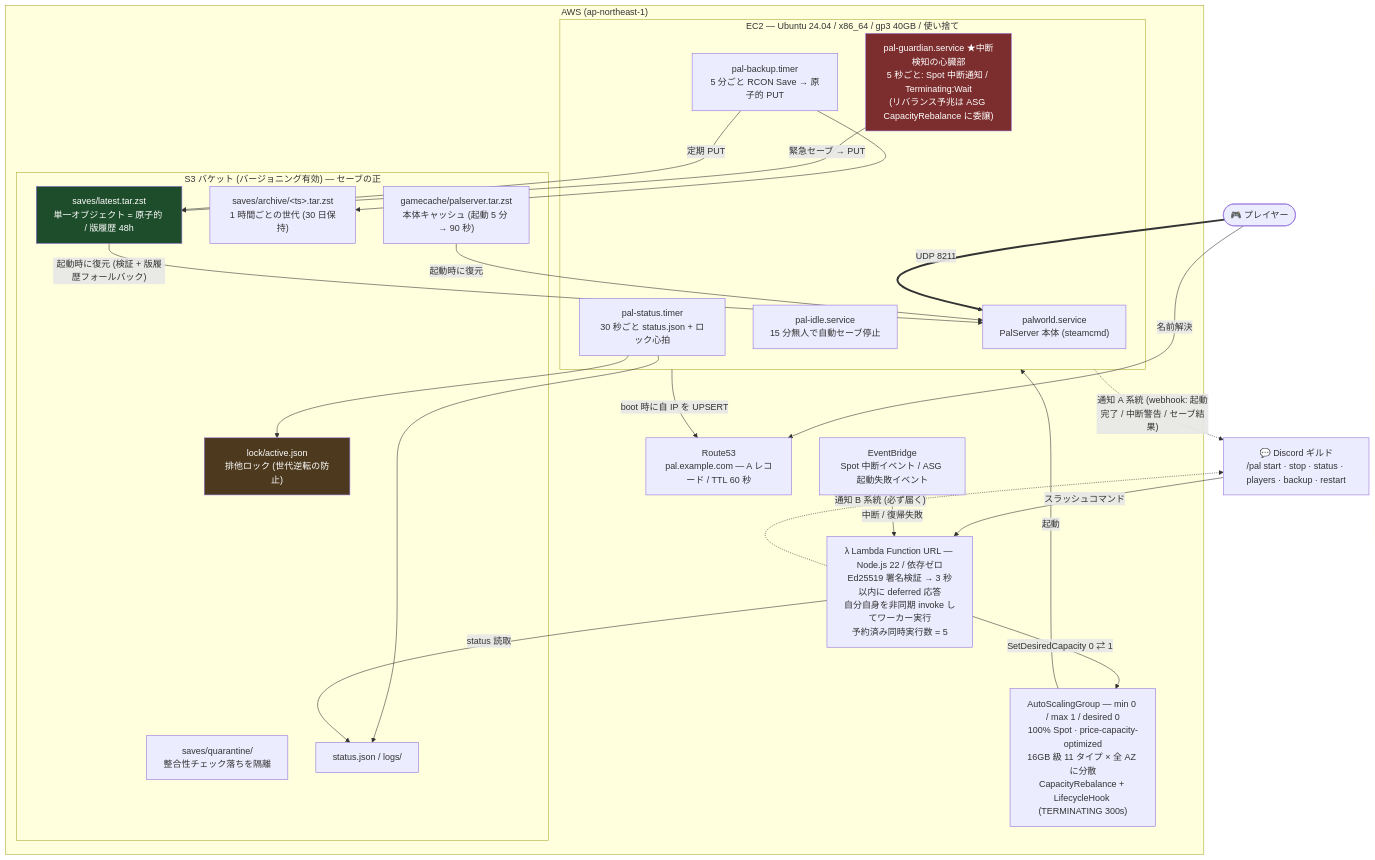
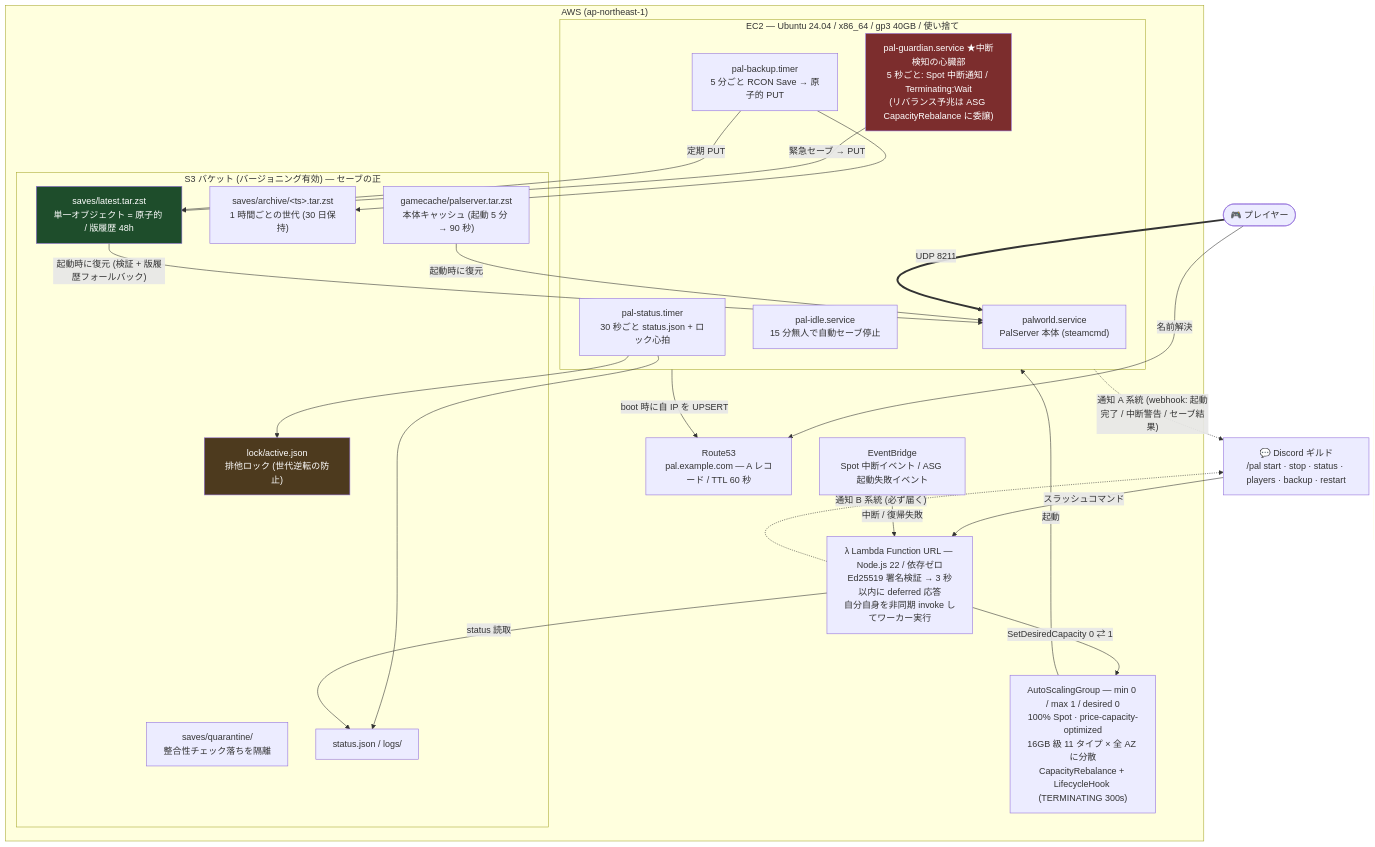
The diagram in DESIGN.md (azarasi1226/palworld-server), drawn with Mermaid before and after one commit. The commit also changed other lines of this file and 1 other file, not shown here.

````diff
--- a/DESIGN.md
+++ b/DESIGN.md
@@ -39,51 +39,51 @@
 ```mermaid
 flowchart TB
     player(["🎮 プレイヤー"])
     discord["💬 Discord ギルド<br>/pal start · stop · status · players · backup · restart"]
 
     subgraph aws["AWS (ap-northeast-1)"]
-        lambda["λ Lambda Function URL — Node.js 22 / 依存ゼロ<br>Ed25519 署名検証 → 3 秒以内に deferred 応答<br>自分自身を非同期 invoke してワーカー実行<br>予約済み同時実行数 = 5"]
+        lambda["λ Lambda Function URL — Node.js 22 / 依存ゼロ<br>Ed25519 署名検証 → 3 秒以内に deferred 応答<br>自分自身を非同期 invoke してワーカー実行"]
         eb["EventBridge<br>Spot 中断イベント / ASG 起動失敗イベント"]
         asg["AutoScalingGroup — min 0 / max 1 / desired 0<br>100% Spot · price-capacity-optimized<br>16GB 級 11 タイプ × 全 AZ に分散<br>CapacityRebalance + LifecycleHook (TERMINATING 300s)"]
         r53["Route53<br>pal.example.com — A レコード / TTL 60 秒"]
 
         subgraph ec2["EC2 — Ubuntu 24.04 / x86_64 / gp3 40GB / 使い捨て"]
             pal["palworld.service<br>PalServer 本体 (steamcmd)"]
             guardian["pal-guardian.service ★中断検知の心臓部<br>5 秒ごと: Spot 中断通知 / Terminating:Wait<br>(リバランス予兆は ASG CapacityRebalance に委譲)"]
             backupt["pal-backup.timer<br>5 分ごと RCON Save → 原子的 PUT"]
             idle["pal-idle.service<br>15 分無人で自動セーブ停止"]
             statust["pal-status.timer<br>30 秒ごと status.json + ロック心拍"]
         end
 
         subgraph s3["S3 バケット (バージョニング有効) — セーブの正"]
             latest["saves/latest.tar.zst<br>単一オブジェクト = 原子的 / 版履歴 48h"]
             archive["saves/archive/&lt;ts&gt;.tar.zst<br>1 時間ごとの世代 (30 日保持)"]
             quarantine["saves/quarantine/<br>整合性チェック落ちを隔離"]
             lock["lock/active.json<br>排他ロック (世代逆転の防止)"]
             cache["gamecache/palserver.tar.zst<br>本体キャッシュ (起動 5 分 → 90 秒)"]
             statusj["status.json / logs/"]
         end
     end
 
     discord -- "スラッシュコマンド" --> lambda
     lambda -- "SetDesiredCapacity 0 ⇄ 1" --> asg
     eb -- "中断 / 復帰失敗" --> lambda
     lambda -. "通知 B 系統 (必ず届く)" .-> discord
     asg -- "起動" --> ec2
     ec2 -- "boot 時に自 IP を UPSERT" --> r53
     player -- "名前解決" --> r53
     player == "UDP 8211" ==> pal
     guardian -- "緊急セーブ → PUT" --> latest
     backupt -- "定期 PUT" --> latest
     backupt --> archive
     statust --> statusj
     statust --> lock
     ec2 -. "通知 A 系統 (webhook: 起動完了 / 中断警告 / セーブ結果)" .-> discord
     lambda -- "status 読取" --> statusj
     cache -- "起動時に復元" --> pal
     latest -- "起動時に復元 (検証 + 版履歴フォールバック)" --> pal
 
     style guardian fill:#7c2d2d,color:#fff
     style latest fill:#1e4d2b,color:#fff
     style lock fill:#4d3a1e,color:#fff
 ```
````
